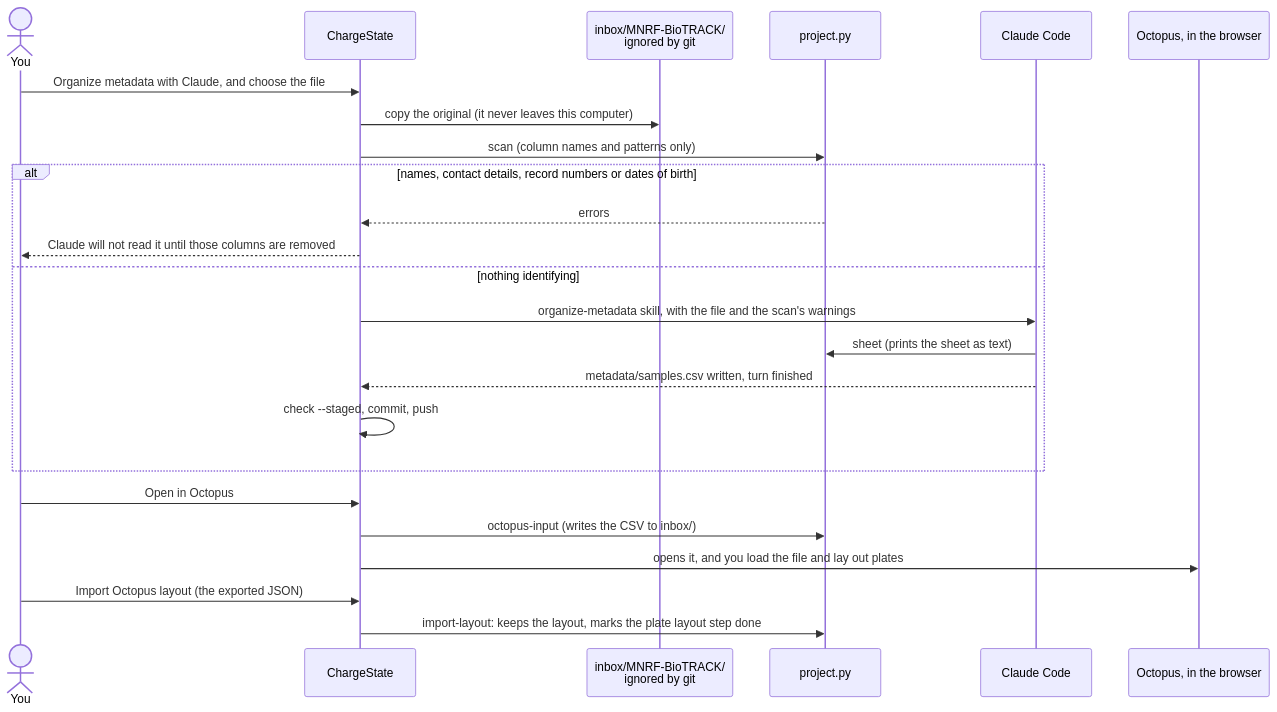
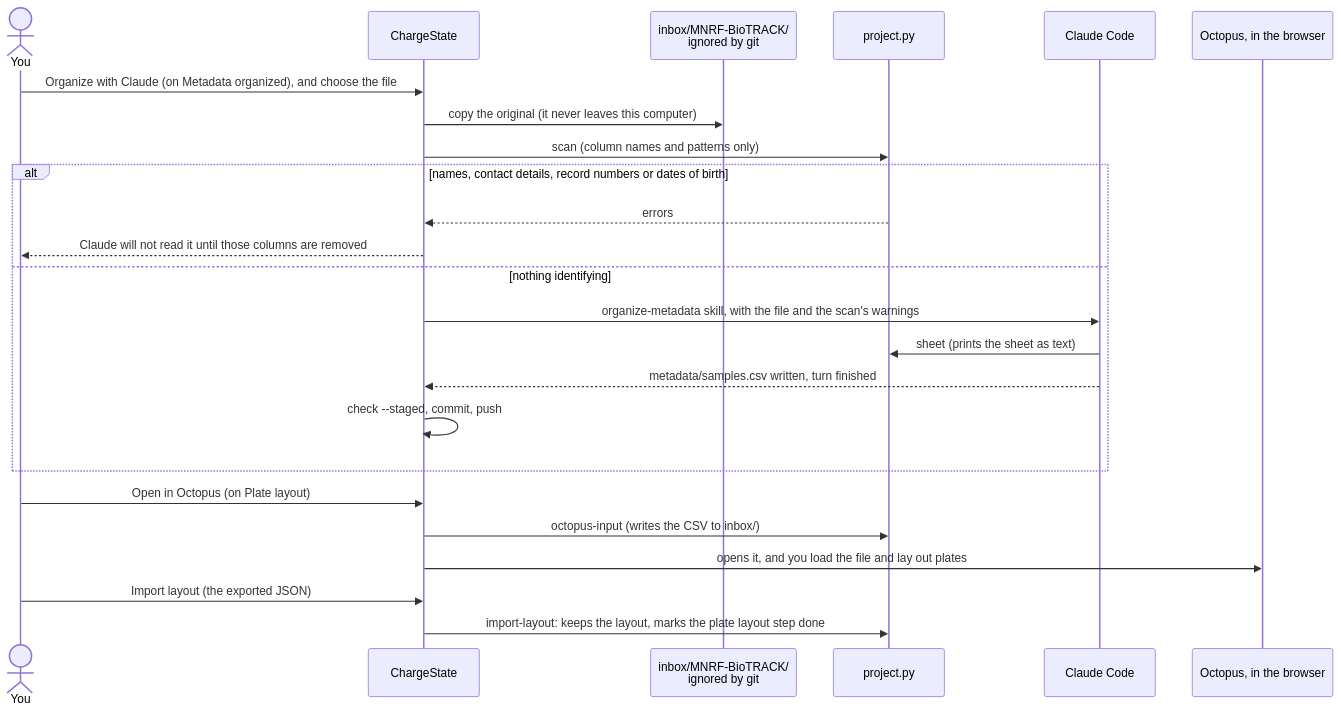
One commit to uw-maccosslab/LabOps changed the fifth of 7 diagrams in docs/flows.md. Above: the diagram before and after it, drawn with Mermaid. The commit also changed other lines of this file and 10 other files, not shown here.

````diff
--- a/docs/flows.md
+++ b/docs/flows.md
@@ -152,27 +152,27 @@
 ```mermaid
 sequenceDiagram
     actor You
     participant App as ChargeState
     participant Inbox as inbox/MNRF-BioTRACK/<br/>ignored by git
     participant Engine as project.py
     participant Claude as Claude Code
     participant Octopus as Octopus, in the browser
 
-    You->>App: Organize metadata with Claude, and choose the file
+    You->>App: Organize with Claude (on Metadata organized), and choose the file
     App->>Inbox: copy the original (it never leaves this computer)
     App->>Engine: scan (column names and patterns only)
     alt names, contact details, record numbers or dates of birth
         Engine-->>App: errors
         App-->>You: Claude will not read it until those columns are removed
     else nothing identifying
         App->>Claude: organize-metadata skill, with the file and the scan's warnings
         Claude->>Engine: sheet (prints the sheet as text)
         Claude-->>App: metadata/samples.csv written, turn finished
         App->>App: check --staged, commit, push
     end
-    You->>App: Open in Octopus
+    You->>App: Open in Octopus (on Plate layout)
     App->>Engine: octopus-input (writes the CSV to inbox/)
     App->>Octopus: opens it, and you load the file and lay out plates
-    You->>App: Import Octopus layout (the exported JSON)
+    You->>App: Import layout (the exported JSON)
     App->>Engine: import-layout: keeps the layout, marks the plate layout step done
 ```
````
